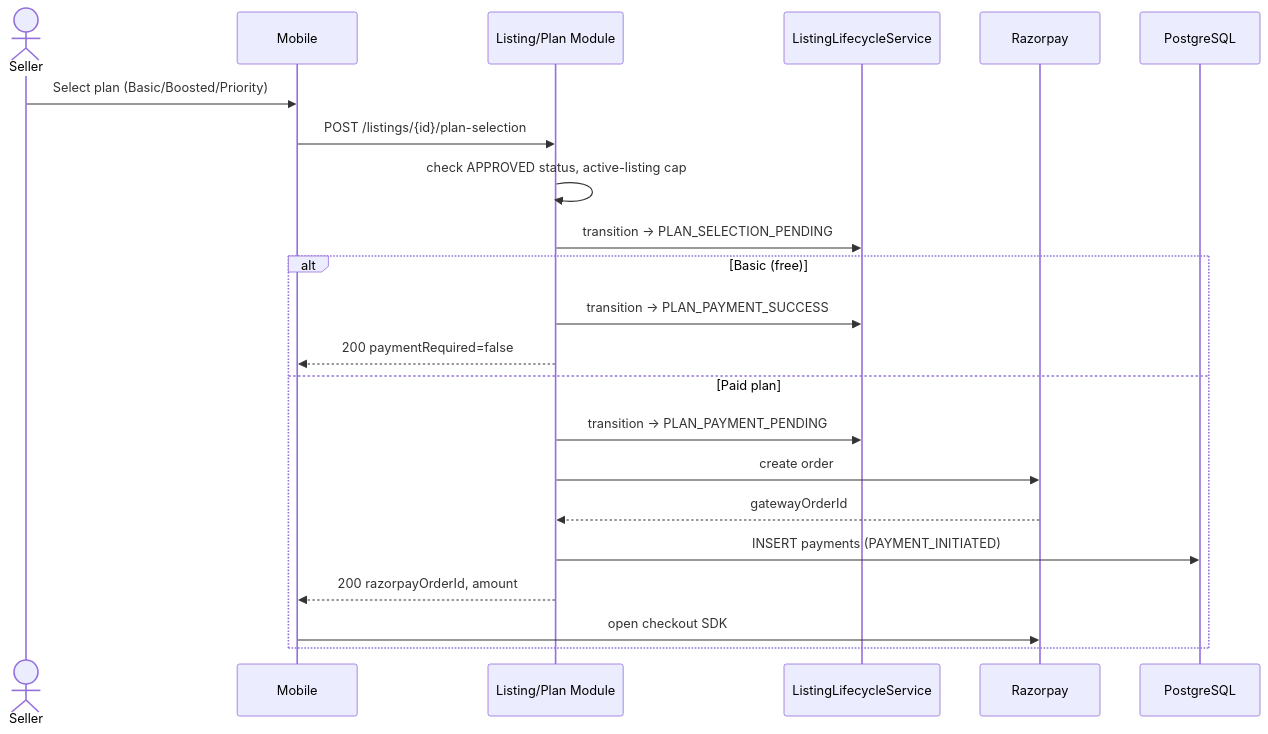
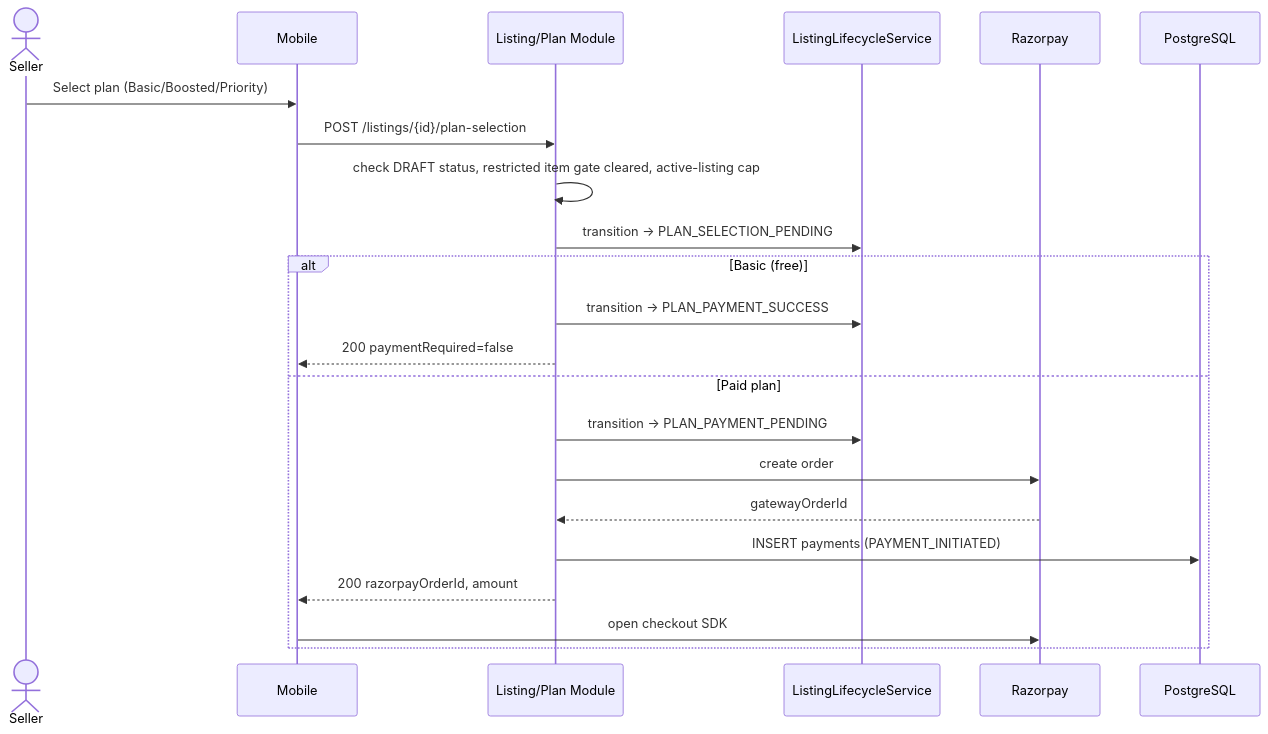
Before and after one commit to VSPL-New/Documents: diagram 11 of 13 in LLD/Sprint-2-Seller Listing Creation-LLD.md, drawn with Mermaid. The commit also changed other lines of this file and 13 other files, not shown here.

````diff
--- a/LLD/Sprint-2-Seller Listing Creation-LLD.md
+++ b/LLD/Sprint-2-Seller Listing Creation-LLD.md
@@ -2319,25 +2336,25 @@
 ```mermaid
 sequenceDiagram
     actor Seller
     participant Mobile
     participant Backend as Listing/Plan Module
     participant Lifecycle as ListingLifecycleService
     participant Razorpay
     participant DB as PostgreSQL
 
     Seller->>Mobile: Select plan (Basic/Boosted/Priority)
     Mobile->>Backend: POST /listings/{id}/plan-selection
-    Backend->>Backend: check APPROVED status, active-listing cap
+    Backend->>Backend: check DRAFT status, restricted item gate cleared, active-listing cap
     Backend->>Lifecycle: transition -> PLAN_SELECTION_PENDING
     alt Basic (free)
         Backend->>Lifecycle: transition -> PLAN_PAYMENT_SUCCESS
         Backend-->>Mobile: 200 paymentRequired=false
     else Paid plan
         Backend->>Lifecycle: transition -> PLAN_PAYMENT_PENDING
         Backend->>Razorpay: create order
         Razorpay-->>Backend: gatewayOrderId
         Backend->>DB: INSERT payments (PAYMENT_INITIATED)
         Backend-->>Mobile: 200 razorpayOrderId, amount
         Mobile->>Razorpay: open checkout SDK
     end
 ```
````
